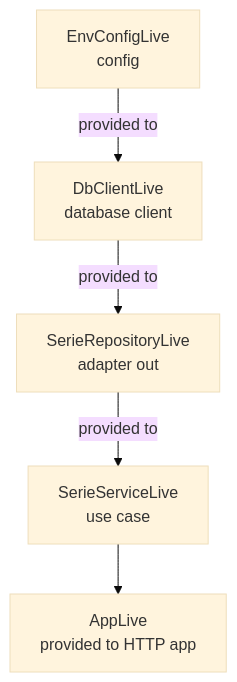
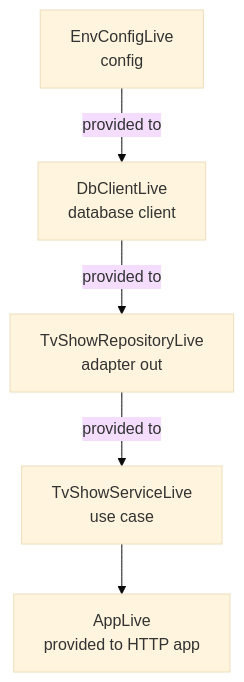
One commit to Netsbump/friend-media-picks changed the second of 2 diagrams in apps/api/src/application/README.md. Above: the diagram before and after it, drawn with Mermaid (base theme). The commit also changed other lines of this file and 26 other files, not shown here.

````diff
--- a/apps/api/src/application/README.md
+++ b/apps/api/src/application/README.md
@@ -43,13 +43,13 @@
 ```mermaid
 flowchart TD
   EnvConfigLive["EnvConfigLive\nconfig"]
   DbClientLive["DbClientLive\ndatabase client"]
-  SerieRepositoryLive["SerieRepositoryLive\nadapter out"]
-  SerieServiceLive["SerieServiceLive\nuse case"]
+  TvShowRepositoryLive["TvShowRepositoryLive\nadapter out"]
+  TvShowServiceLive["TvShowServiceLive\nuse case"]
   AppLive["AppLive\nprovided to HTTP app"]
 
   EnvConfigLive -->|provided to| DbClientLive
-  DbClientLive -->|provided to| SerieRepositoryLive
-  SerieRepositoryLive -->|provided to| SerieServiceLive
-  SerieServiceLive --> AppLive
+  DbClientLive -->|provided to| TvShowRepositoryLive
+  TvShowRepositoryLive -->|provided to| TvShowServiceLive
+  TvShowServiceLive --> AppLive
 ```
````
